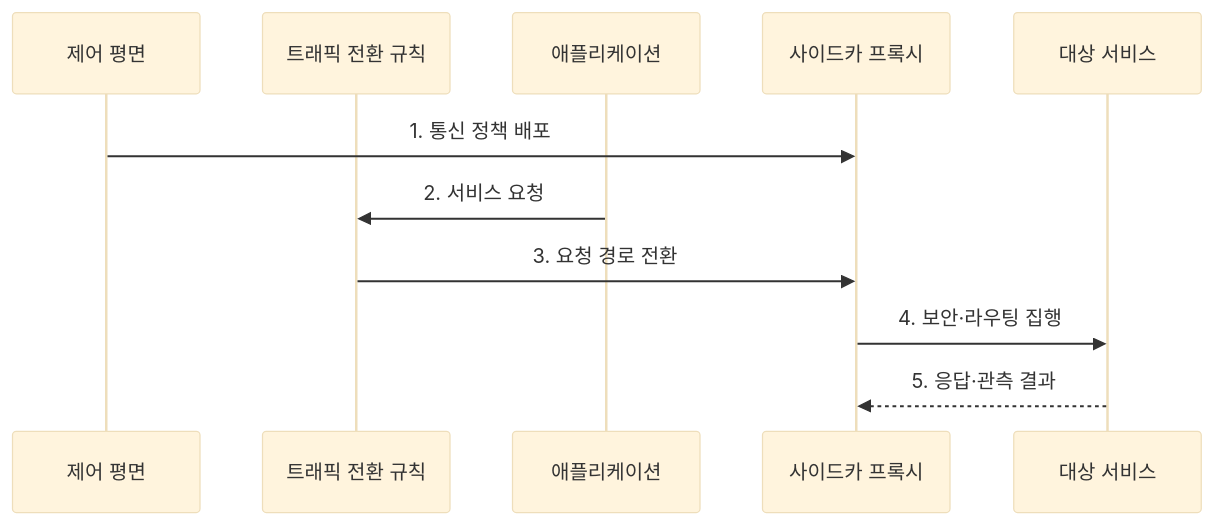
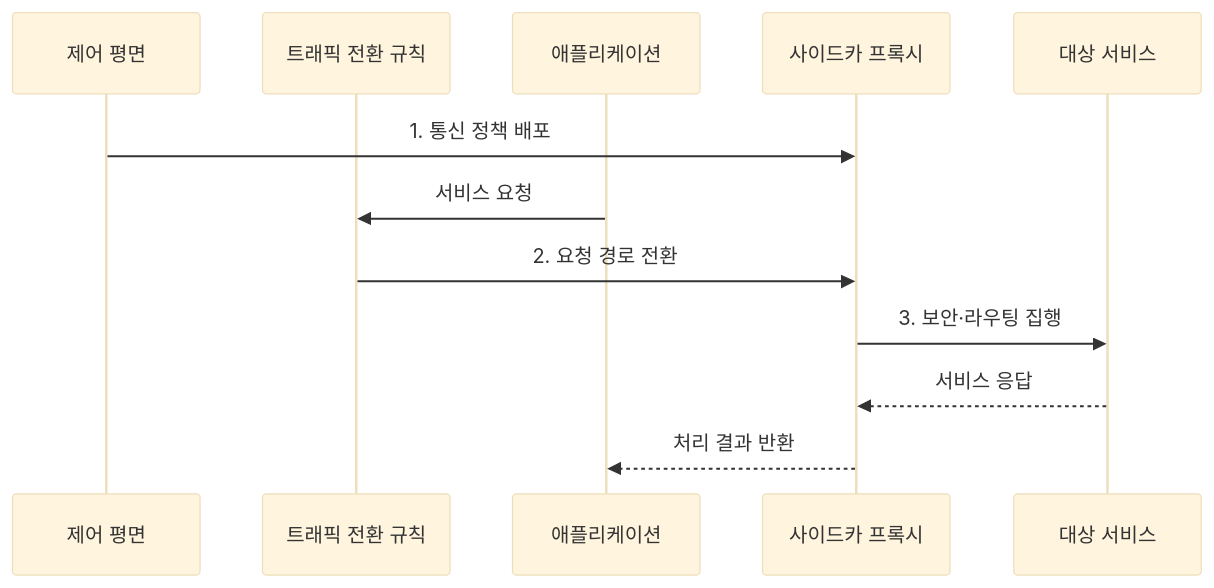
Before and after one commit to agnusdei1207/knowledge-base: the second of 2 diagrams in src/content/docs/notes/08-latest-tech/164_sidecar_proxy.md, drawn with Mermaid (base theme). The commit also changed other lines of this file and 225 other files, not shown here.

````diff
--- a/src/content/docs/notes/08-latest-tech/164_sidecar_proxy.md
+++ b/src/content/docs/notes/08-latest-tech/164_sidecar_proxy.md
@@ -76,13 +76,14 @@
 ```mermaid
 sequenceDiagram
   participant C as 제어 평면
   participant R as 트래픽 전환 규칙
   participant A as 애플리케이션
   participant P as 사이드카 프록시
   participant D as 대상 서비스
   C->>P: 1. 통신 정책 배포
-  A->>R: 2. 서비스 요청
-  R->>P: 3. 요청 경로 전환
-  P->>D: 4. 보안·라우팅 집행
-  D-->>P: 5. 응답·관측 결과
+  A->>R: 서비스 요청
+  R->>P: 2. 요청 경로 전환
+  P->>D: 3. 보안·라우팅 집행
+  D-->>P: 서비스 응답
+  P-->>A: 처리 결과 반환
 ```
````
